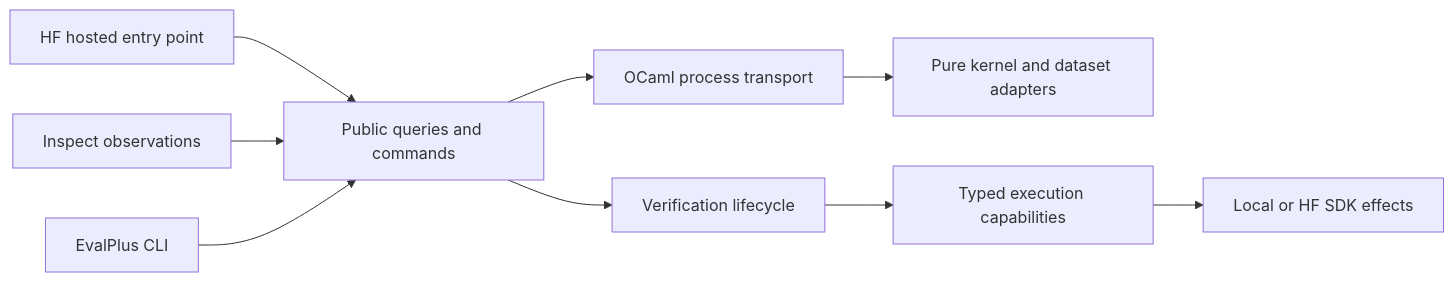
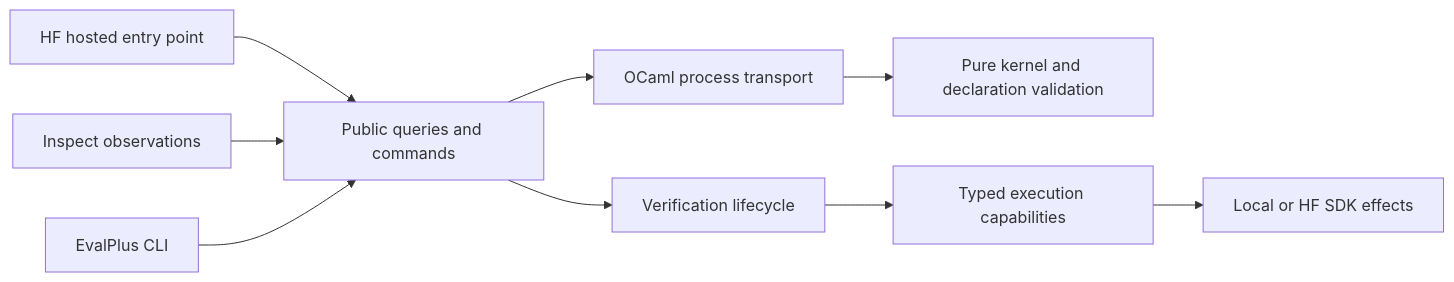
One commit to shaquan1228/genius changed the diagram in evals/README.md. Above: the diagram before and after it, drawn with Mermaid. The commit also changed other lines of this file and 30 other files, not shown here.

````diff
--- a/evals/README.md
+++ b/evals/README.md
@@ -13,11 +13,11 @@
 ```mermaid
 flowchart LR
   J[HF hosted entry point] --> C[Public queries and commands]
   I[Inspect observations] --> C
   E[EvalPlus CLI] --> C
   C --> T[OCaml process transport]
-  T --> K[Pure kernel and dataset adapters]
+  T --> K[Pure kernel and declaration validation]
   C --> V[Verification lifecycle]
   V --> P[Typed execution capabilities]
   P --> A[Local or HF SDK effects]
 ```
````
